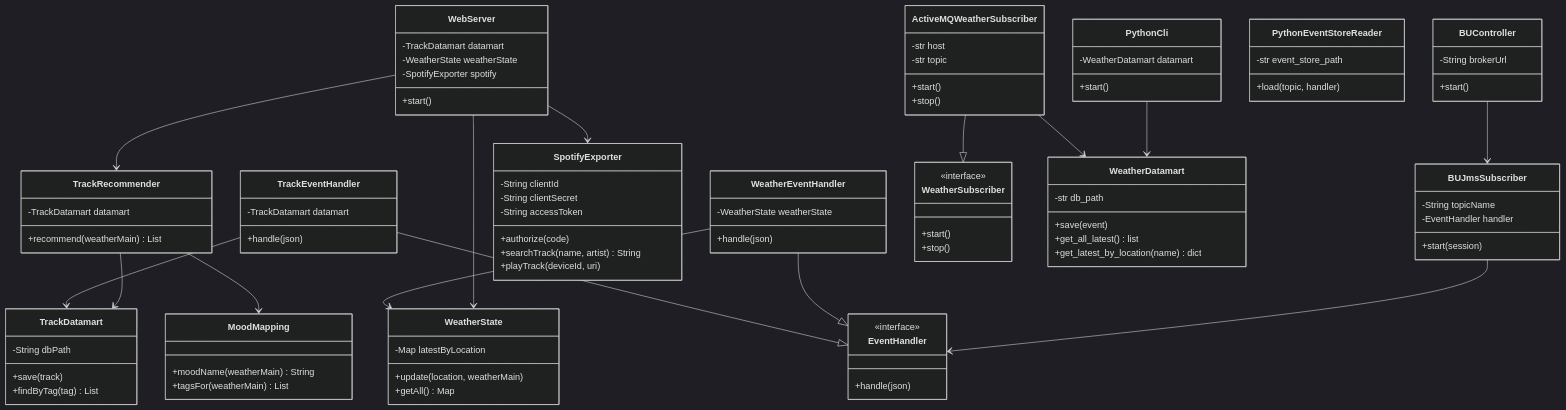
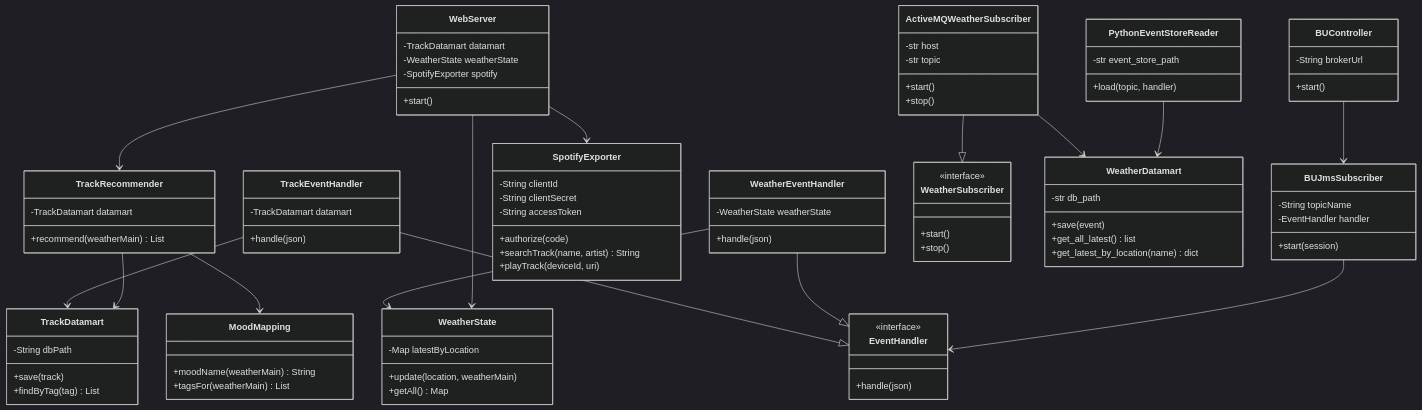
Before and after one commit to CiberVibes/music-weather-recommender: the fourth of 4 diagrams in README.md, drawn with Mermaid (dark theme). The commit also changed other lines of this file and 52 other files, not shown here.

````diff
--- a/README.md
+++ b/README.md
@@ -557,10 +559,6 @@
         -str event_store_path
         +load(topic, handler)
     }
-    class PythonCli {
-        -WeatherDatamart datamart
-        +start()
-    }
 
     TrackEventHandler --|> EventHandler
     WeatherEventHandler --|> EventHandler
@@ -575,5 +573,5 @@
     WebServer --> SpotifyExporter
     BUController --> BUJmsSubscriber
     ActiveMQWeatherSubscriber --> WeatherDatamart
-    PythonCli --> WeatherDatamart
+    PythonEventStoreReader --> WeatherDatamart
 ```
````
